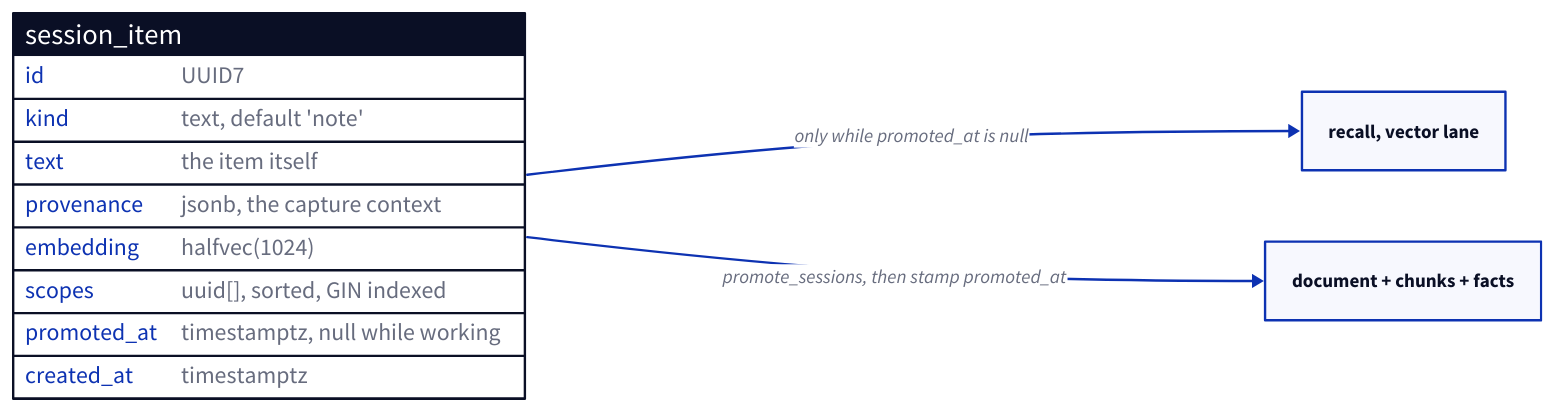
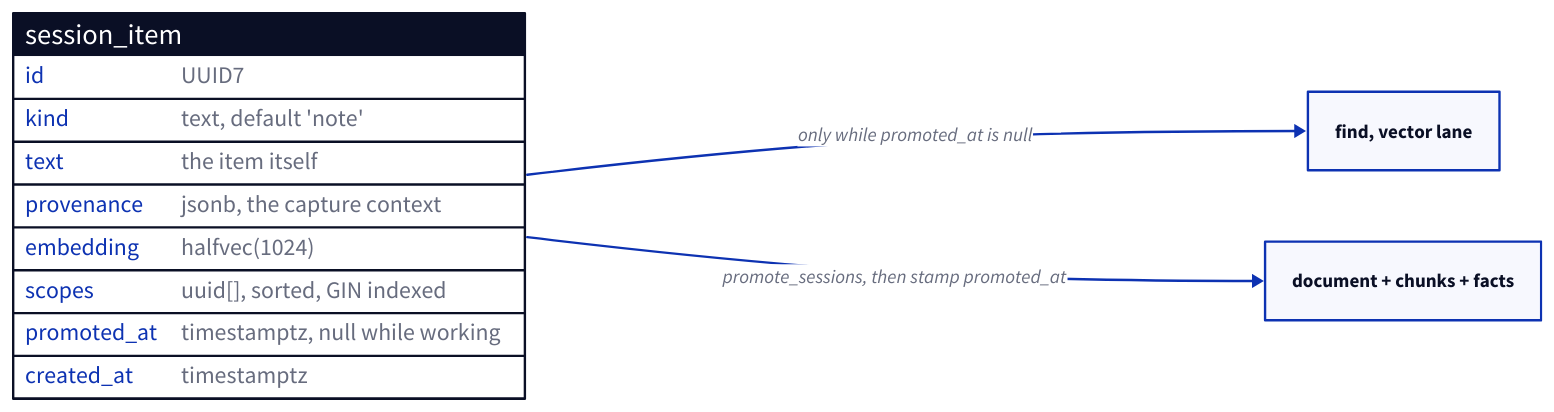
The diagram in docs/src/content/docs/docs/dev/passes/promotion.md (phvv-me/aizk), drawn with D2 before and after one commit. The commit also changed 334 other files, not shown here.

````diff
--- a/docs/src/content/docs/docs/dev/passes/promotion.md
+++ b/docs/src/content/docs/docs/dev/passes/promotion.md
@@ -17,26 +17,26 @@
 ```d2
 direction: right
 
 item: "session_item" {
   shape: sql_table
   id: UUID7
   kind: "text, default 'note'"
   text: "the item itself"
   provenance: "jsonb, the capture context"
   embedding: "halfvec(1024)"
   scopes: "uuid[], sorted, GIN indexed"
   promoted_at: "timestamptz, null while working"
   created_at: timestamptz
 }
 
-lane: "recall, vector lane" {
+lane: "find, vector lane" {
   shape: rectangle
 }
 
 graph: "document + chunks + facts" {
   shape: rectangle
 }
 
 item -> lane: "only while promoted_at is null"
 item -> graph: "promote_sessions, then stamp promoted_at"
 ```
````
